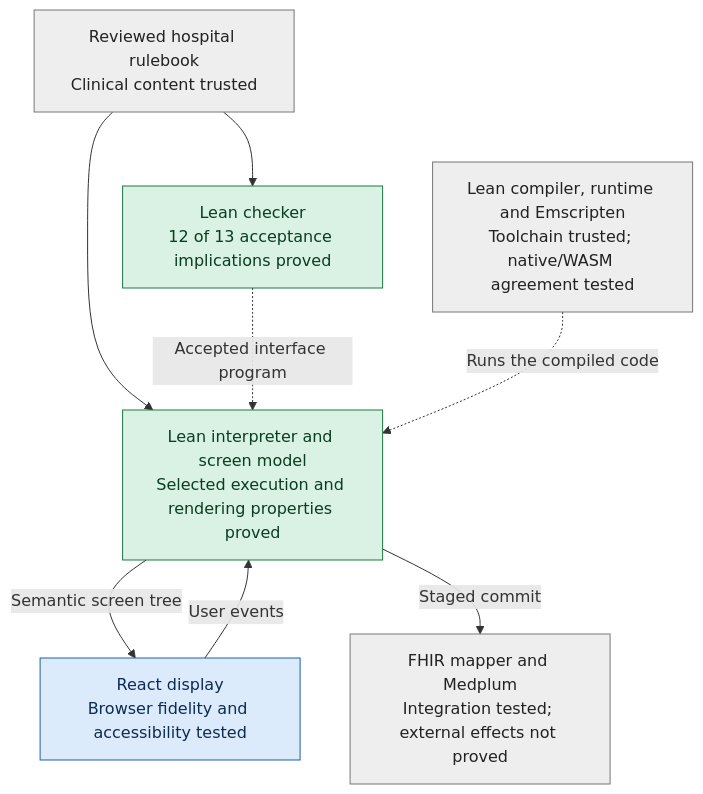
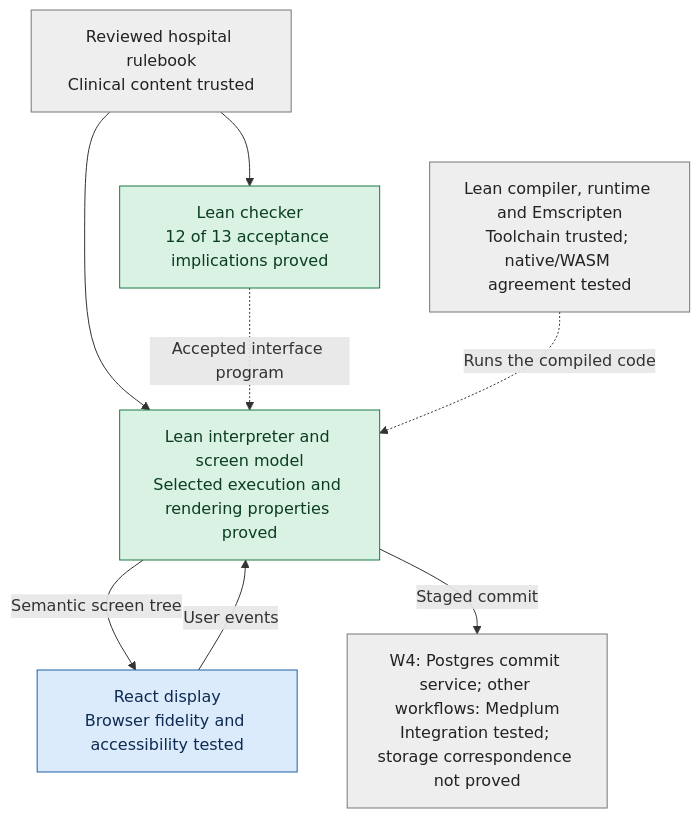
One commit to saithat/VGI-Health changed the third of 6 diagrams in README.md. Above: the diagram before and after it, drawn with Mermaid. The commit also changed other lines of this file and 34 other files, not shown here.

First line of the commit message:
Medication administration through the commit service; Keycloak OIDC

````diff
--- a/README.md
+++ b/README.md
@@ -161,21 +163,21 @@
 ```mermaid
 flowchart TB
   classDef proved fill:#d9f2e3,stroke:#1b7a43,color:#0b3d22
   classDef checked fill:#dcebfb,stroke:#1f5fa8,color:#0d2b52
   classDef trusted fill:#eeeeee,stroke:#777,color:#222
 
   R["Reviewed hospital rulebook<br/>Clinical content trusted"]:::trusted
   C["Lean checker<br/>12 of 13 acceptance implications proved"]:::proved
   W["Lean compiler, runtime and Emscripten<br/>Toolchain trusted; native/WASM agreement tested"]:::trusted
   I["Lean interpreter and screen model<br/>Selected execution and rendering properties proved"]:::proved
   B["React display<br/>Browser fidelity and accessibility tested"]:::checked
-  F["FHIR mapper and Medplum<br/>Integration tested; external effects not proved"]:::trusted
+  F["W4: Postgres commit service; other workflows: Medplum<br/>Integration tested; storage correspondence not proved"]:::trusted
 
   R --> C
   R --> I
   C -. "Accepted interface program" .-> I
   W -. "Runs the compiled code" .-> I
   I -->|"Semantic screen tree"| B
   B -->|"User events"| I
   I -->|"Staged commit"| F
 ```
````
